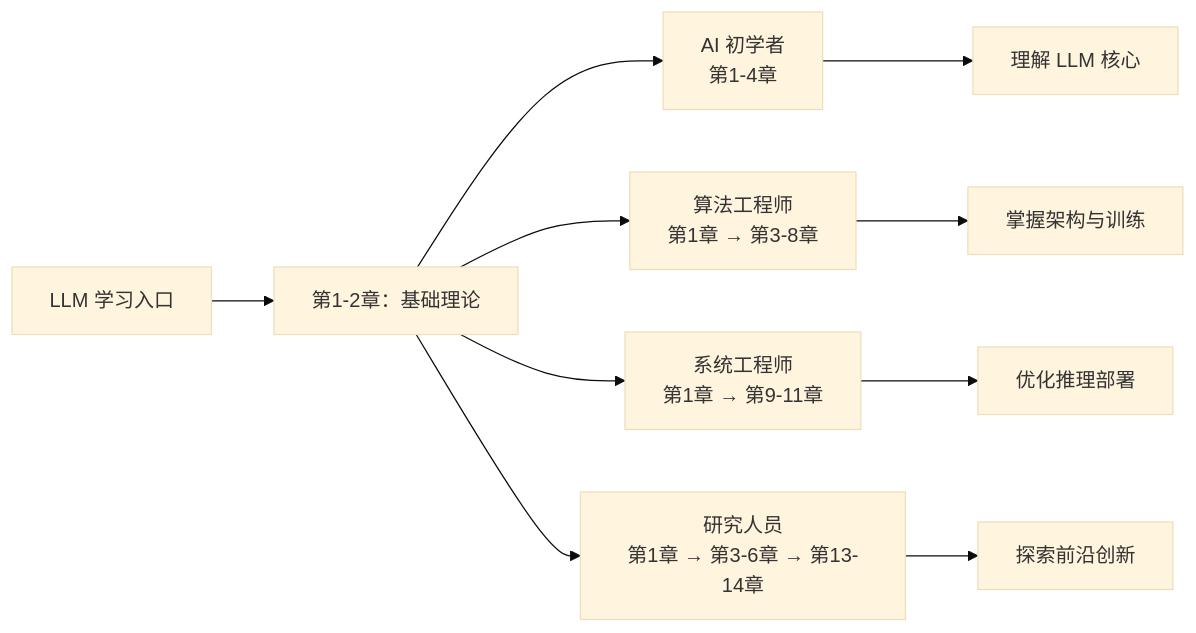
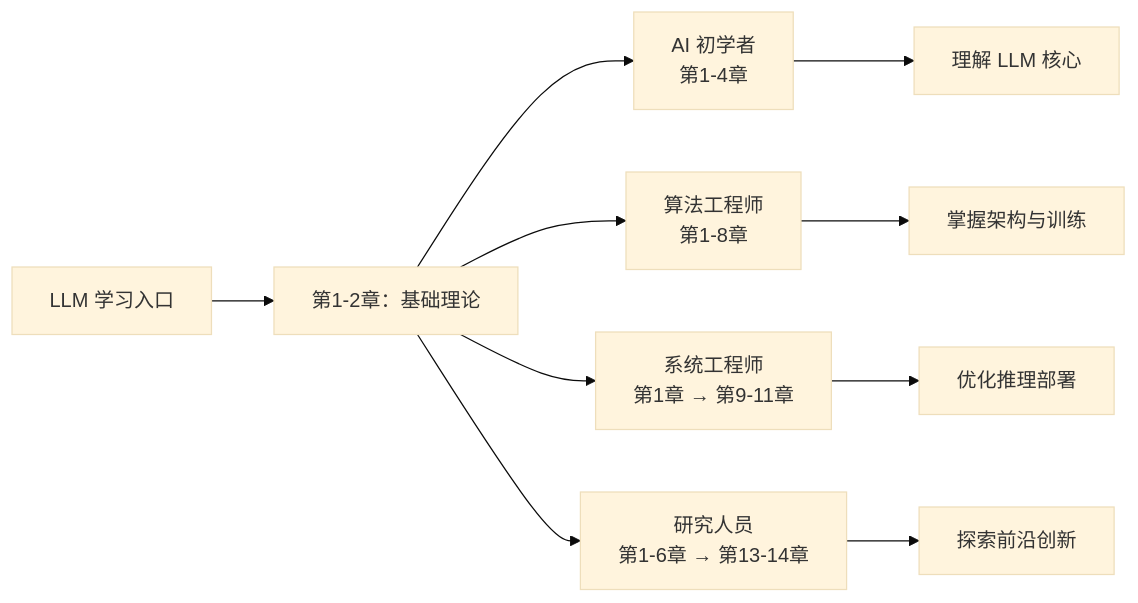
Before and after one commit to yeasy/llm_internals: the diagram in README.md, drawn with Mermaid (base theme). The commit also changed other lines of this file and 45 other files, not shown here.

````diff
--- a/README.md
+++ b/README.md
@@ -75,14 +75,14 @@
 ```mermaid
 graph LR
     Start[LLM 学习入口] --> Ch1[第1-2章：基础理论]
 
     Ch1 --> Role1["AI 初学者<br/>第1-4章"]
-    Ch1 --> Role2["算法工程师<br/>第1章 → 第3-8章"]
+    Ch1 --> Role2["算法工程师<br/>第1-8章"]
     Ch1 --> Role3["系统工程师<br/>第1章 → 第9-11章"]
-    Ch1 --> Role4["研究人员<br/>第1章 → 第3-6章 → 第13-14章"]
+    Ch1 --> Role4["研究人员<br/>第1-6章 → 第13-14章"]
 
     Role1 --> End1["理解 LLM 核心"]
     Role2 --> End2["掌握架构与训练"]
     Role3 --> End3["优化推理部署"]
     Role4 --> End4["探索前沿创新"]
 ```
````
